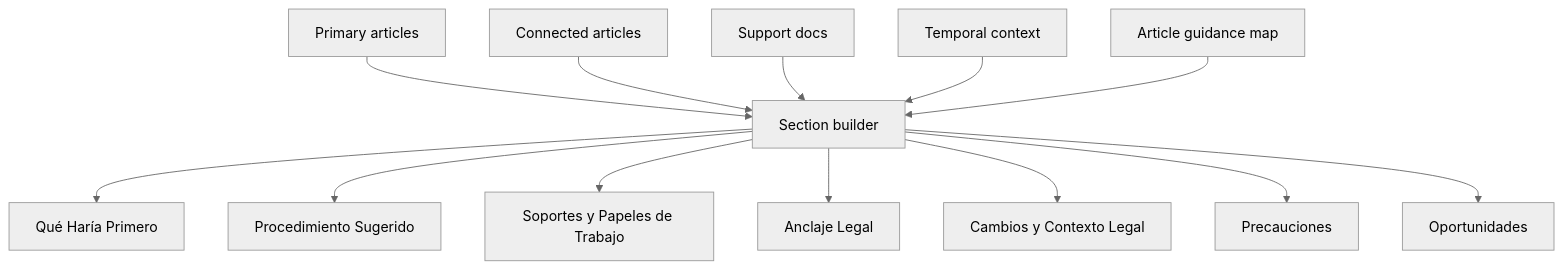
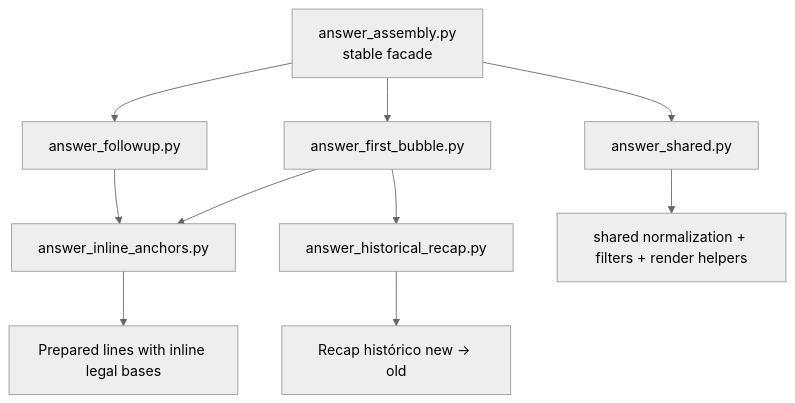
Before and after one commit to avas888/LIA_Graph: the third of 3 diagrams in docs/guide/orchestration.md, drawn with Mermaid (neutral theme). The commit also changed other lines of this file and 252 other files, not shown here.

Commit message:
finish graph surface architecture refactor

````diff
--- a/docs/guide/orchestration.md
+++ b/docs/guide/orchestration.md
@@ -384,16 +941,12 @@
 ```mermaid
 flowchart TD
-    A["Primary articles"] --> D["Section builder"]
-    B["Connected articles"] --> D
-    C["Support docs"] --> D
-    E["Temporal context"] --> D
-    F["Article guidance map"] --> D
-
-    D --> G["Qué Haría Primero"]
-    D --> H["Procedimiento Sugerido"]
-    D --> I["Soportes y Papeles de Trabajo"]
-    D --> J["Anclaje Legal"]
-    D --> K["Cambios y Contexto Legal"]
-    D --> L["Precauciones"]
-    D --> M["Oportunidades"]
+    A["answer_assembly.py<br/>stable facade"] --> B["answer_first_bubble.py"]
+    A --> C["answer_followup.py"]
+    A --> D["answer_shared.py"]
+    B --> E["answer_inline_anchors.py"]
+    B --> F["answer_historical_recap.py"]
+    C --> E
+    D --> G["shared normalization + filters + render helpers"]
+    E --> H["Prepared lines with inline legal bases"]
+    F --> I["Recap histórico new -> old"]
 ```
````
